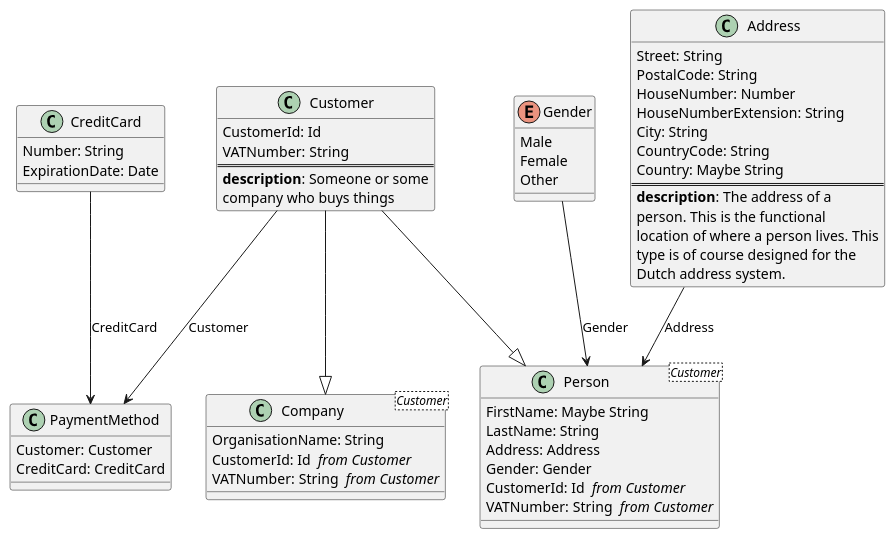
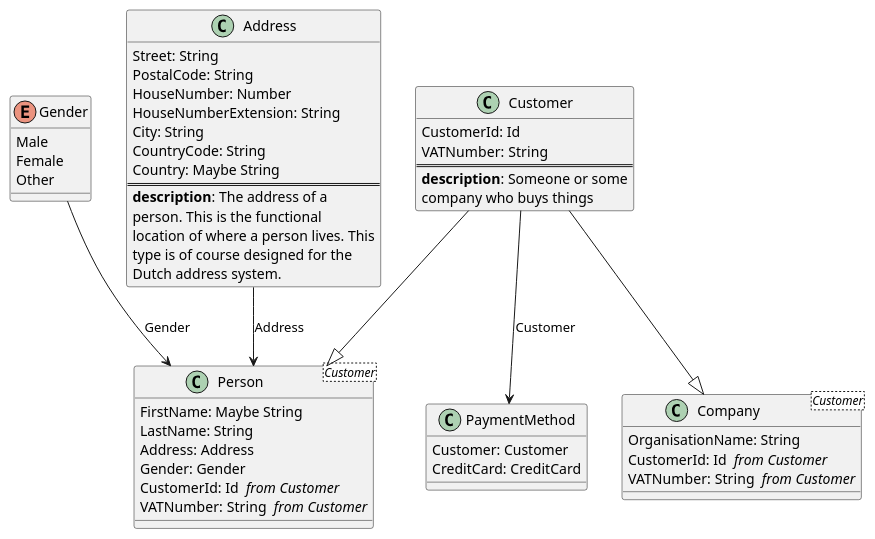
Before and after one commit to Baudin999/car-lang: the diagram in Examples/output/v0.0.1/Customer/Customer.puml, drawn with PlantUML. The commit also changed 23 other files, not shown here.

```diff
--- a/Examples/output/v0.0.1/Customer/Customer.puml
+++ b/Examples/output/v0.0.1/Customer/Customer.puml
@@ -1,55 +1,50 @@
-class "CreditCard" as CreditCard  {
-	Number: String 
-	ExpirationDate: Date 
-}
 enum Gender {
 	Male
 	Female
 	Other
 
 }
 class "Address" as Address  {
 	Street: String 
 	PostalCode: String 
 	HouseNumber: Number 
 	HouseNumberExtension: String 
 	City: String 
 	CountryCode: String 
 	Country: Maybe String
 ===
   <b>description</b>: The address of a
  person. This is the functional
  location of where a person lives. This
  type is of course designed for the
  Dutch address system.
 }
 class "Person " as Person <Customer> {
 	FirstName: Maybe String
 	LastName: String 
 	Address: Address 
 	Gender: Gender 
 	CustomerId: Id  <i>from Customer</i>
 	VATNumber: String  <i>from Customer</i>
 }
 Address --> Person : Address
 Gender --> Person : Gender
 Customer --|> Person
 class "PaymentMethod" as PaymentMethod  {
 	Customer: Customer 
 	CreditCard: CreditCard 
 }
 Customer --> PaymentMethod : Customer
-CreditCard --> PaymentMethod : CreditCard
 class "Company " as Company <Customer> {
 	OrganisationName: String 
 	CustomerId: Id  <i>from Customer</i>
 	VATNumber: String  <i>from Customer</i>
 }
 Customer --|> Company
 class "Customer" as Customer  {
 	CustomerId: Id 
 	VATNumber: String 
 ===
   <b>description</b>: Someone or some
  company who buys things
 }
```
